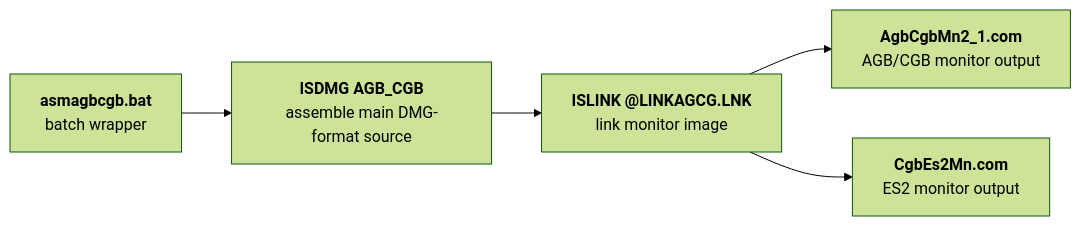
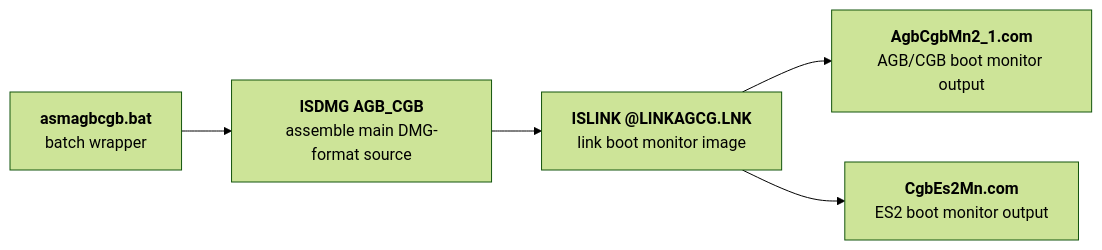
Before and after one commit to RetroReversing/retroReversing: the first of 4 diagrams in pages/leaks/Nintendo/GameBoyColorBootRomRepository.md, drawn with Mermaid (forest theme). The commit also changed other lines of this file and 28 other files, not shown here.

````diff
--- a/pages/leaks/Nintendo/GameBoyColorBootRomRepository.md
+++ b/pages/leaks/Nintendo/GameBoyColorBootRomRepository.md
@@ -93,7 +102,7 @@
 ```mermaid
 flowchart LR
   A["<b>asmagbcgb.bat</b><br>batch wrapper"] --> B["<b>ISDMG AGB_CGB</b><br>assemble main DMG-format source"]
-  B --> C["<b>ISLINK @LINKAGCG.LNK</b><br>link monitor image"]
-  C --> D["<b>AgbCgbMn2_1.com</b><br>AGB/CGB monitor output"]
-  C --> E["<b>CgbEs2Mn.com</b><br>ES2 monitor output"]
+  B --> C["<b>ISLINK @LINKAGCG.LNK</b><br>link boot monitor image"]
+  C --> D["<b>AgbCgbMn2_1.com</b><br>AGB/CGB boot monitor output"]
+  C --> E["<b>CgbEs2Mn.com</b><br>ES2 boot monitor output"]
 ```
````
